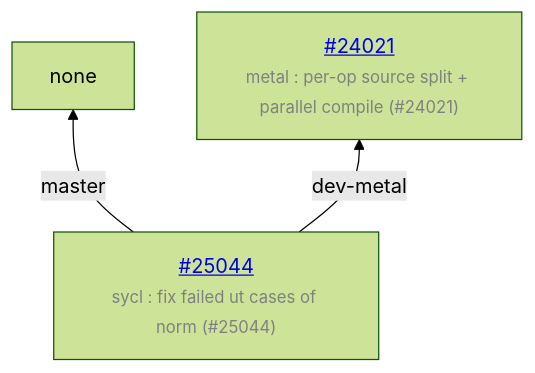
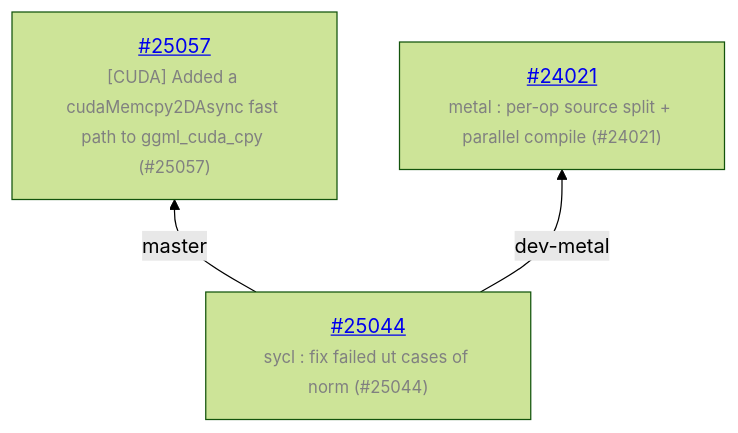
One commit to ggml-org/llama.cpp-dev changed the diagram in README.md. Above: the diagram before and after it, drawn with Mermaid (forest theme). The commit also changed other lines of this file and 1 other file, not shown here.

Commit message:
auto: update

````diff
--- a/README.md
+++ b/README.md
@@ -13,7 +13,8 @@
 ```mermaid
 graph BT
     COMMON["<a href='https://github.com/ggml-org/llama.cpp/pull/25044'>#25044</a><br/><span style='font-size:smaller;color:gray'>sycl : fix failed ut cases of norm (#25044)</span>"]
-    COMMON -->|master| none
+    COMMON -->|master| C_0ed235e
+    C_0ed235e["<a href='https://github.com/ggml-org/llama.cpp/pull/25057'>#25057</a><br/><span style='font-size:smaller;color:gray'>[CUDA] Added a cudaMemcpy2DAsync fast path to ggml_cuda_cpy (#25057)</span>"]
     COMMON -->|dev-metal| C_f7c1df6
     C_f7c1df6["<a href='https://github.com/ggml-org/llama.cpp/pull/24021'>#24021</a><br/><span style='font-size:smaller;color:gray'>metal : per-op source split + parallel compile (#24021)</span>"]
 ```
````
